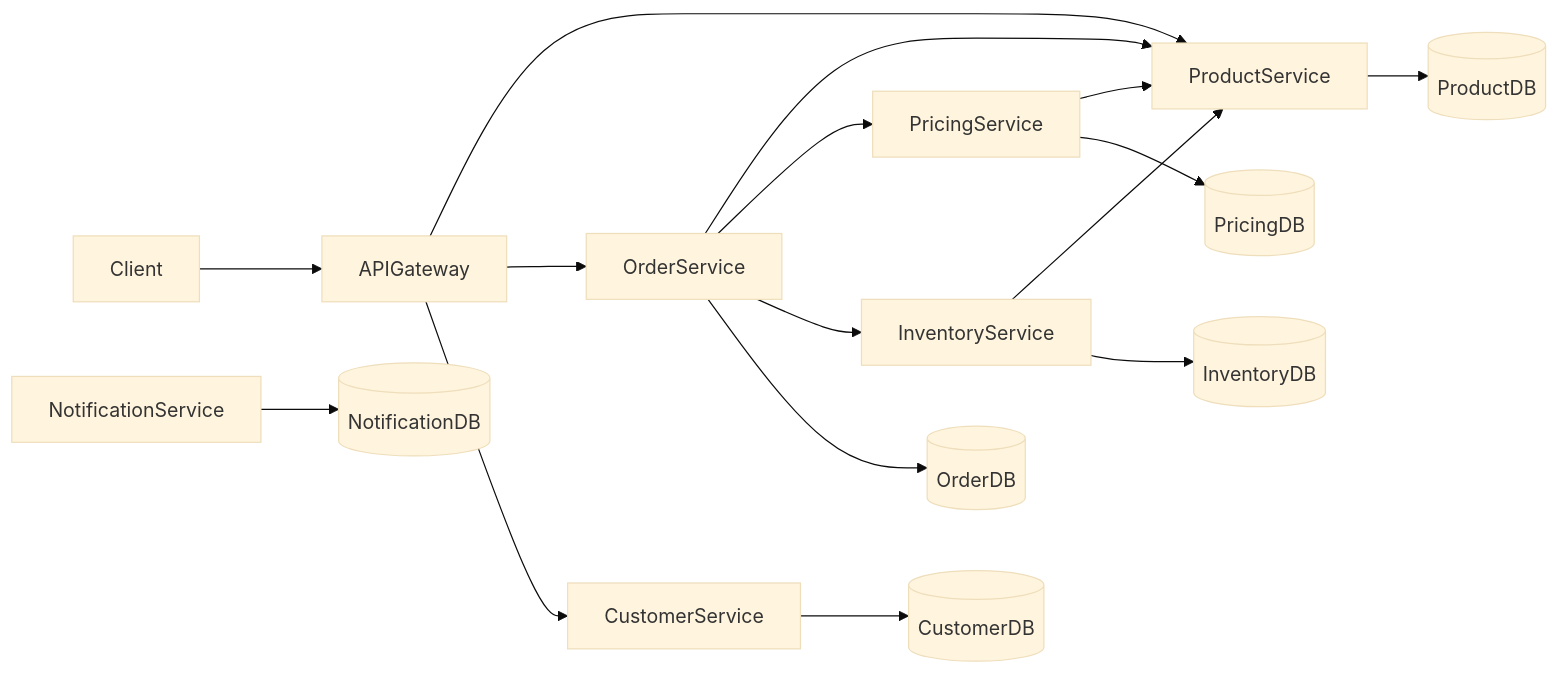
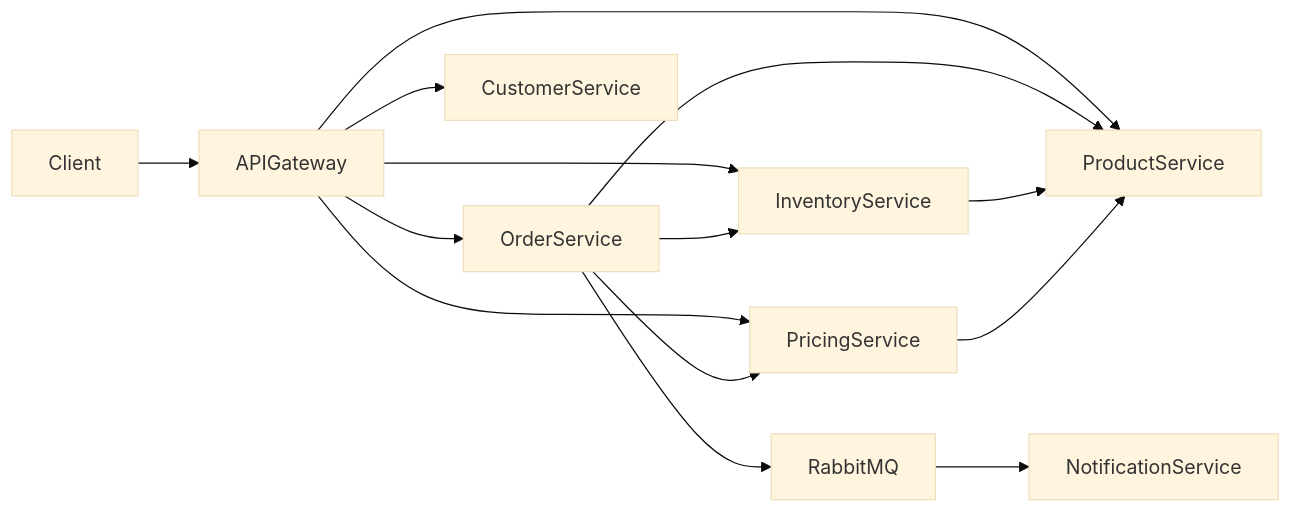
The first of 2 diagrams in README.md (sebastiancgomez/ECommerce.Microservices), drawn with Mermaid (base theme) before and after one commit. The commit also changed other lines of this file, not shown here.

````diff
--- a/README.md
+++ b/README.md
@@ -156,23 +112,21 @@
 ```mermaid
 flowchart LR
 
 Client --> APIGateway
 
 APIGateway --> ProductService
 APIGateway --> OrderService
 APIGateway --> CustomerService
+APIGateway --> InventoryService
+APIGateway --> PricingService
 
 OrderService --> ProductService
 OrderService --> PricingService
 OrderService --> InventoryService
+OrderService --> RabbitMQ
+
+RabbitMQ --> NotificationService
 
 InventoryService --> ProductService
 PricingService --> ProductService
-
-InventoryService --> InventoryDB[(InventoryDB)]
-PricingService --> PricingDB[(PricingDB)]
-ProductService --> ProductDB[(ProductDB)]
-OrderService --> OrderDB[(OrderDB)]
-CustomerService --> CustomerDB[(CustomerDB)]
-NotificationService --> NotificationDB[(NotificationDB)]
 ```
````
